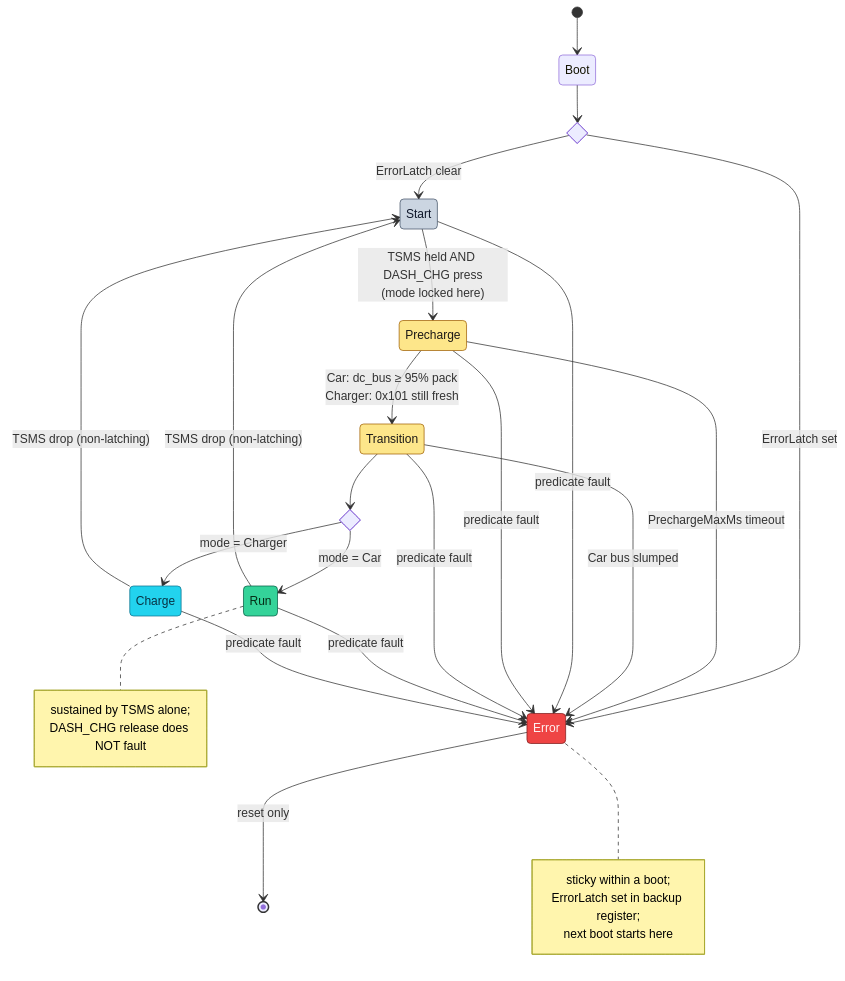
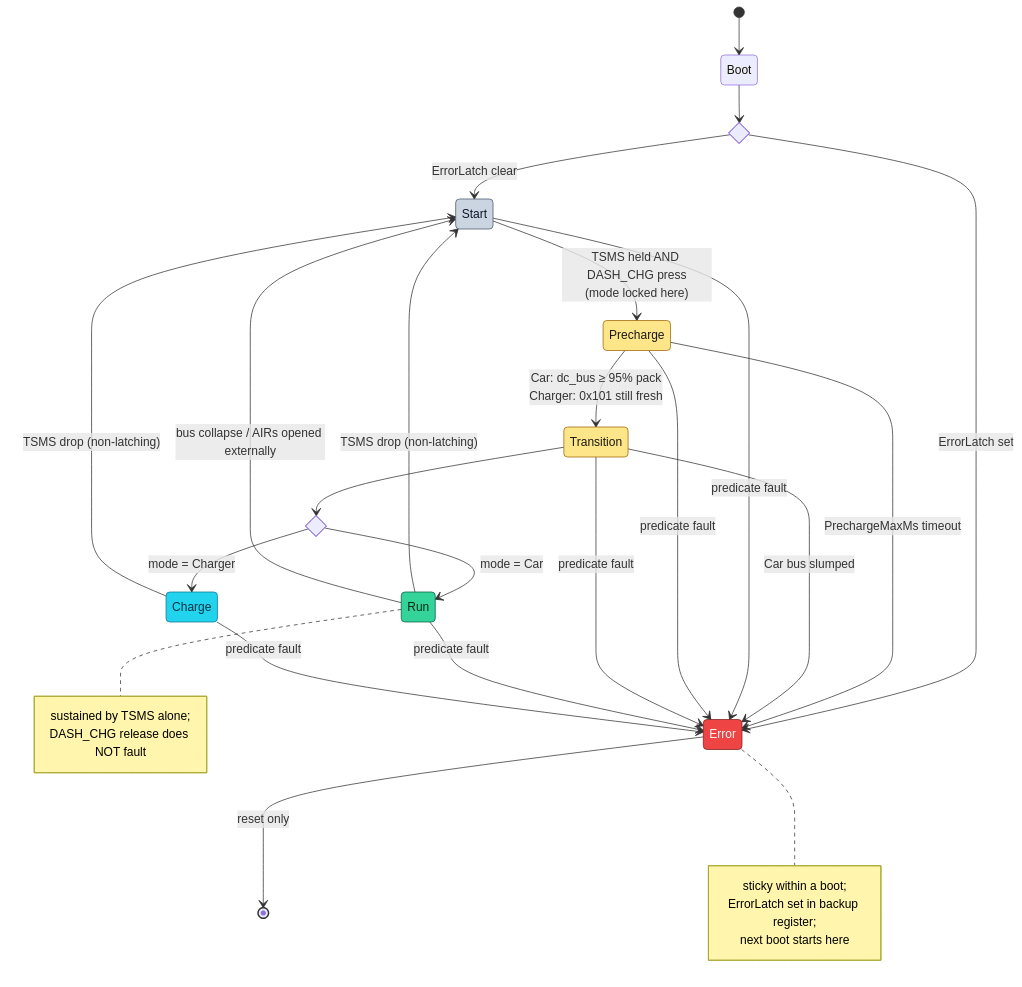
The third of 4 diagrams in docs/ARCHITECTURE.md (isc-fs/IFS08-CE-AMS), drawn with Mermaid before and after one commit. The commit also changed other lines of this file and 8 other files, not shown here.

````diff
--- a/docs/ARCHITECTURE.md
+++ b/docs/ARCHITECTURE.md
@@ -403,54 +403,55 @@
 ```mermaid
 stateDiagram-v2
     [*] --> Boot
 
     state boot_check <<choice>>
     Boot --> boot_check
     boot_check --> Start : ErrorLatch clear
     boot_check --> Error : ErrorLatch set
 
     Start --> Precharge : TSMS held AND DASH_CHG press<br/>(mode locked here)
 
     Precharge --> Transition : Car: dc_bus ≥ 95% pack<br/>Charger: 0x101 still fresh
     Precharge --> Error      : PrechargeMaxMs timeout
 
     state mode_split <<choice>>
     Transition --> mode_split
     mode_split --> Run    : mode = Car
     mode_split --> Charge : mode = Charger
     Transition --> Error  : Car bus slumped
 
     Run    --> Start : TSMS drop (non-latching)
+    Run    --> Start : bus collapse / AIRs opened externally
     Charge --> Start : TSMS drop (non-latching)
 
     Start      --> Error : predicate fault
     Precharge  --> Error : predicate fault
     Transition --> Error : predicate fault
     Run        --> Error : predicate fault
     Charge     --> Error : predicate fault
 
     Error --> [*] : reset only
 
     note right of Run
         sustained by TSMS alone;
         DASH_CHG release does NOT fault
     end note
 
     note right of Error
         sticky within a boot;
         ErrorLatch set in backup register;
         next boot starts here
     end note
 
     classDef idle    fill:#cbd5e1,stroke:#475569,color:#0f172a
     classDef bring   fill:#fde68a,stroke:#a16207,color:#1c1917
     classDef live    fill:#34d399,stroke:#065f46,color:#052e16
     classDef chg     fill:#22d3ee,stroke:#0e7490,color:#083344
     classDef fault   fill:#ef4444,stroke:#7f1d1d,color:#fef2f2
 
     class Start idle
     class Precharge,Transition bring
     class Run live
     class Charge chg
     class Error fault
 ```
````
